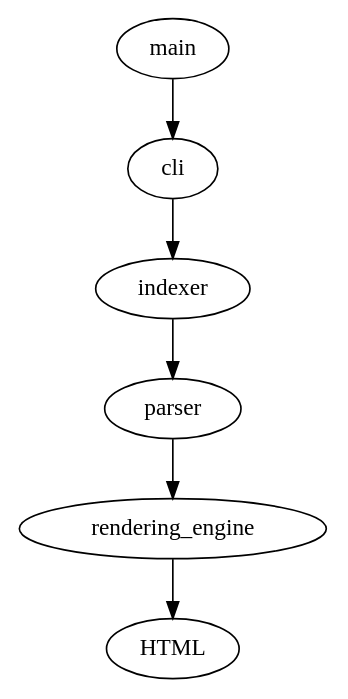
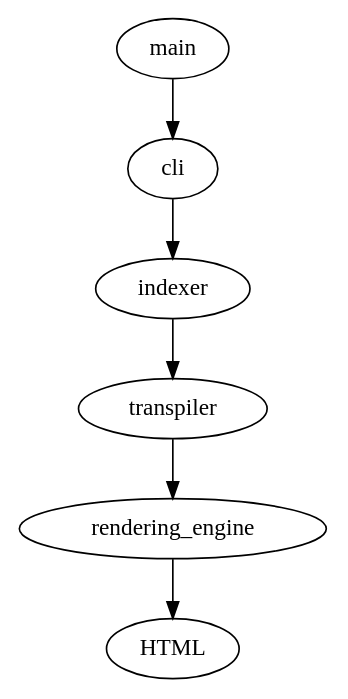
Before and after one commit to codekidX/sych: the diagram in src/README.md, drawn with Graphviz. The commit also changed 1 other file, not shown here.

Commit message:
update README with some screenshots

````diff
--- a/src/README.md
+++ b/src/README.md
@@ -15,9 +15,9 @@
 ```dot
 digraph {
     main -> cli
     cli -> indexer
-    indexer -> parser
-    parser -> rendering_engine
+    indexer -> transpiler
+    transpiler -> rendering_engine
     rendering_engine -> HTML
 }
 ```
````
